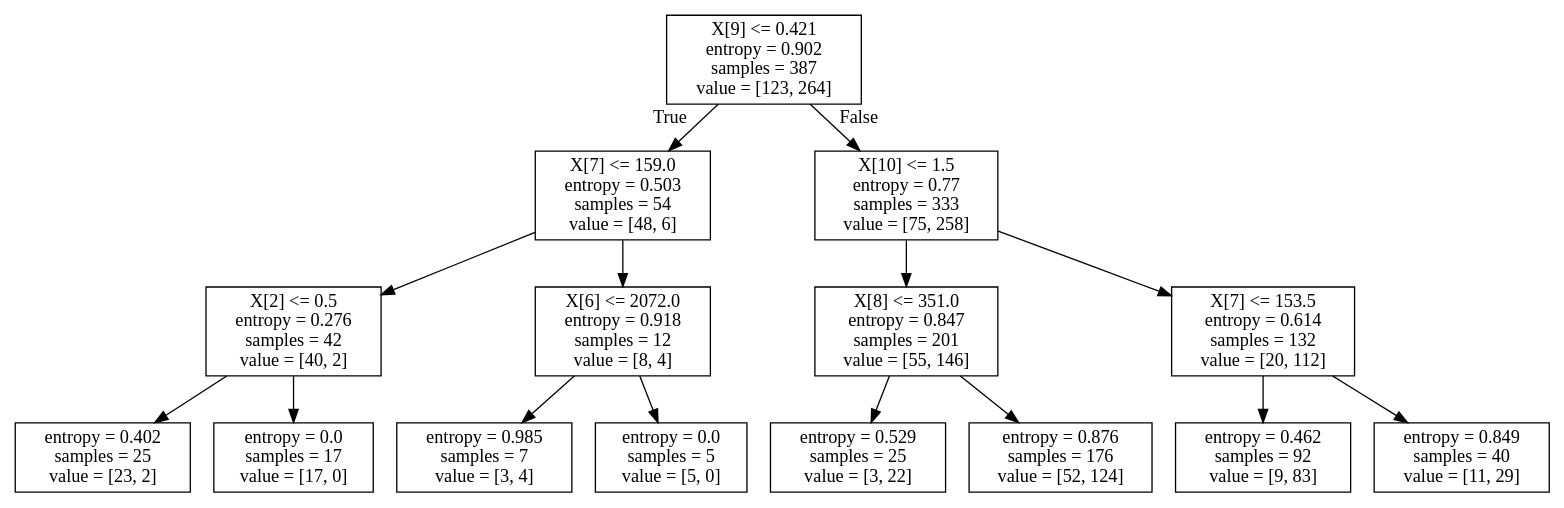
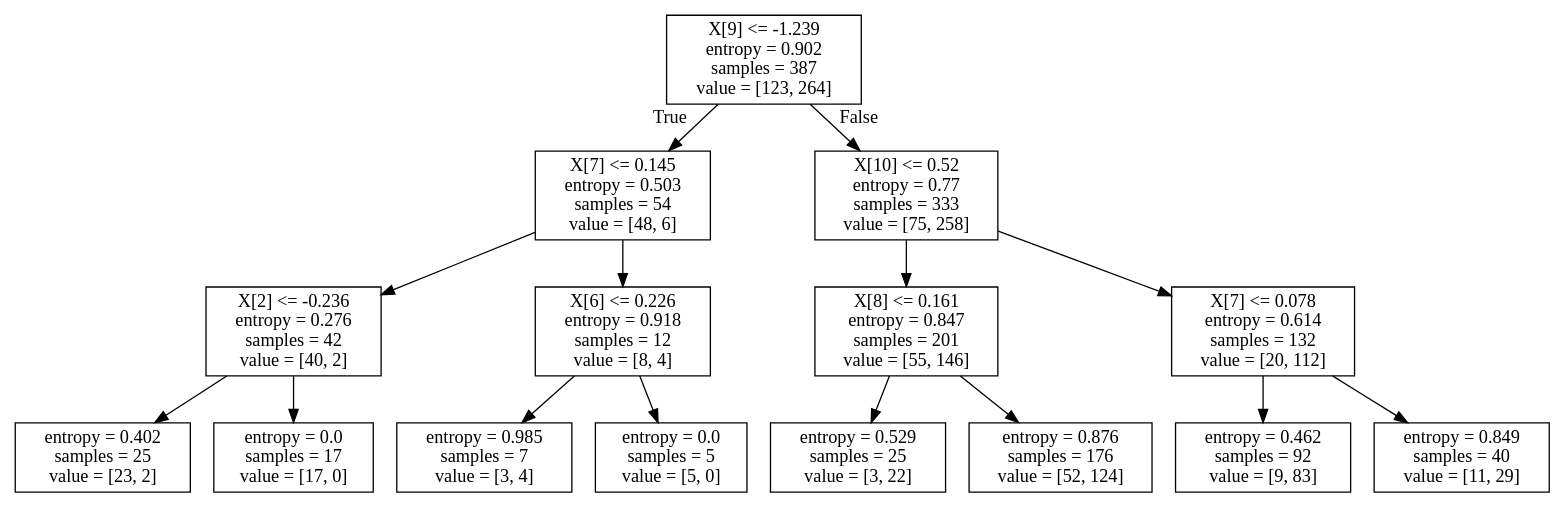
One commit to kchaiwat/Data-Science changed the diagram in Loan Dataset/MLP and ML Predict Loan on Jupyter/dtree.dot. Above: the diagram before and after it, drawn with Graphviz. The commit also changed 14 other files, not shown here.

```diff
--- a/Loan Dataset/MLP and ML Predict Loan on Jupyter/dtree.dot
+++ b/Loan Dataset/MLP and ML Predict Loan on Jupyter/dtree.dot
@@ -1,32 +1,32 @@
 digraph Tree {
 node [shape=box] ;
-0 [label="X[9] <= 0.421\nentropy = 0.902\nsamples = 387\nvalue = [123, 264]"] ;
-1 [label="X[7] <= 159.0\nentropy = 0.503\nsamples = 54\nvalue = [48, 6]"] ;
+0 [label="X[9] <= -1.239\nentropy = 0.902\nsamples = 387\nvalue = [123, 264]"] ;
+1 [label="X[7] <= 0.145\nentropy = 0.503\nsamples = 54\nvalue = [48, 6]"] ;
 0 -> 1 [labeldistance=2.5, labelangle=45, headlabel="True"] ;
-2 [label="X[2] <= 0.5\nentropy = 0.276\nsamples = 42\nvalue = [40, 2]"] ;
+2 [label="X[2] <= -0.236\nentropy = 0.276\nsamples = 42\nvalue = [40, 2]"] ;
 1 -> 2 ;
 3 [label="entropy = 0.402\nsamples = 25\nvalue = [23, 2]"] ;
 2 -> 3 ;
 4 [label="entropy = 0.0\nsamples = 17\nvalue = [17, 0]"] ;
 2 -> 4 ;
-5 [label="X[6] <= 2072.0\nentropy = 0.918\nsamples = 12\nvalue = [8, 4]"] ;
+5 [label="X[6] <= 0.226\nentropy = 0.918\nsamples = 12\nvalue = [8, 4]"] ;
 1 -> 5 ;
 6 [label="entropy = 0.985\nsamples = 7\nvalue = [3, 4]"] ;
 5 -> 6 ;
 7 [label="entropy = 0.0\nsamples = 5\nvalue = [5, 0]"] ;
 5 -> 7 ;
-8 [label="X[10] <= 1.5\nentropy = 0.77\nsamples = 333\nvalue = [75, 258]"] ;
+8 [label="X[10] <= 0.52\nentropy = 0.77\nsamples = 333\nvalue = [75, 258]"] ;
 0 -> 8 [labeldistance=2.5, labelangle=-45, headlabel="False"] ;
-9 [label="X[8] <= 351.0\nentropy = 0.847\nsamples = 201\nvalue = [55, 146]"] ;
+9 [label="X[8] <= 0.161\nentropy = 0.847\nsamples = 201\nvalue = [55, 146]"] ;
 8 -> 9 ;
 10 [label="entropy = 0.529\nsamples = 25\nvalue = [3, 22]"] ;
 9 -> 10 ;
 11 [label="entropy = 0.876\nsamples = 176\nvalue = [52, 124]"] ;
 9 -> 11 ;
-12 [label="X[7] <= 153.5\nentropy = 0.614\nsamples = 132\nvalue = [20, 112]"] ;
+12 [label="X[7] <= 0.078\nentropy = 0.614\nsamples = 132\nvalue = [20, 112]"] ;
 8 -> 12 ;
 13 [label="entropy = 0.462\nsamples = 92\nvalue = [9, 83]"] ;
 12 -> 13 ;
 14 [label="entropy = 0.849\nsamples = 40\nvalue = [11, 29]"] ;
 12 -> 14 ;
 }
```
